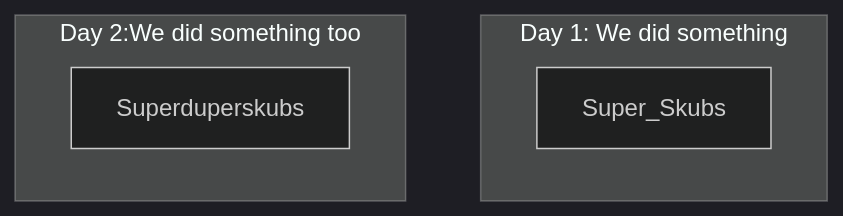
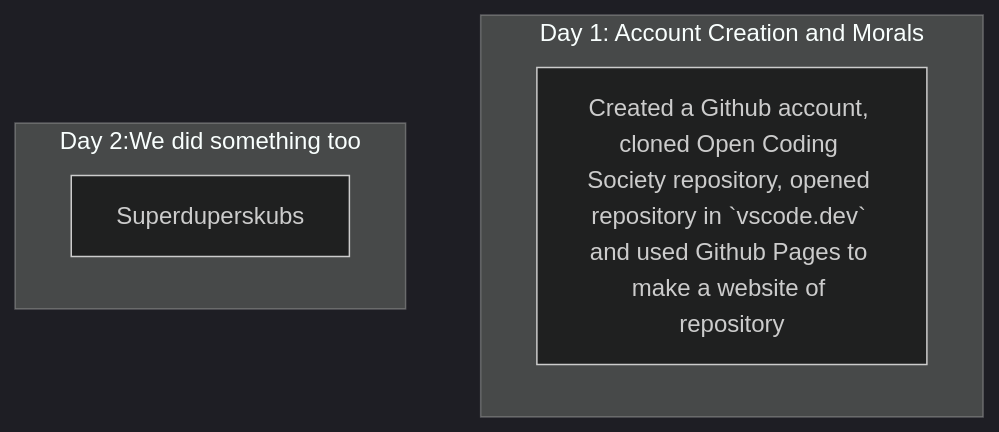
One commit to rsharma5128/student changed the second of 2 diagrams in _posts/Foundation/B-tools_and_equipment/2025-11-21-tools_quest.md. Above: the diagram before and after it, drawn with Mermaid (dark theme).

Commit message:
add desc to day 1

````diff
--- a/_posts/Foundation/B-tools_and_equipment/2025-11-21-tools_quest.md
+++ b/_posts/Foundation/B-tools_and_equipment/2025-11-21-tools_quest.md
@@ -59,9 +59,9 @@
 ```mermaid
 flowchart TD
-    subgraph Day_1[Day 1: We did something]
-        A[Super_Skubs]:::dayuno 
+    subgraph Day_1[Day 1: Account Creation and Morals]
+        A[Created a Github account, cloned Open Coding Society repository, opened repository in `vscode.dev` and used Github Pages to make a website of repository]:::dayuno 
 end
     subgraph Day_2[Day 2:We did something too]
         B[Superduperskubs]:::daydos
 end
 ```
````
